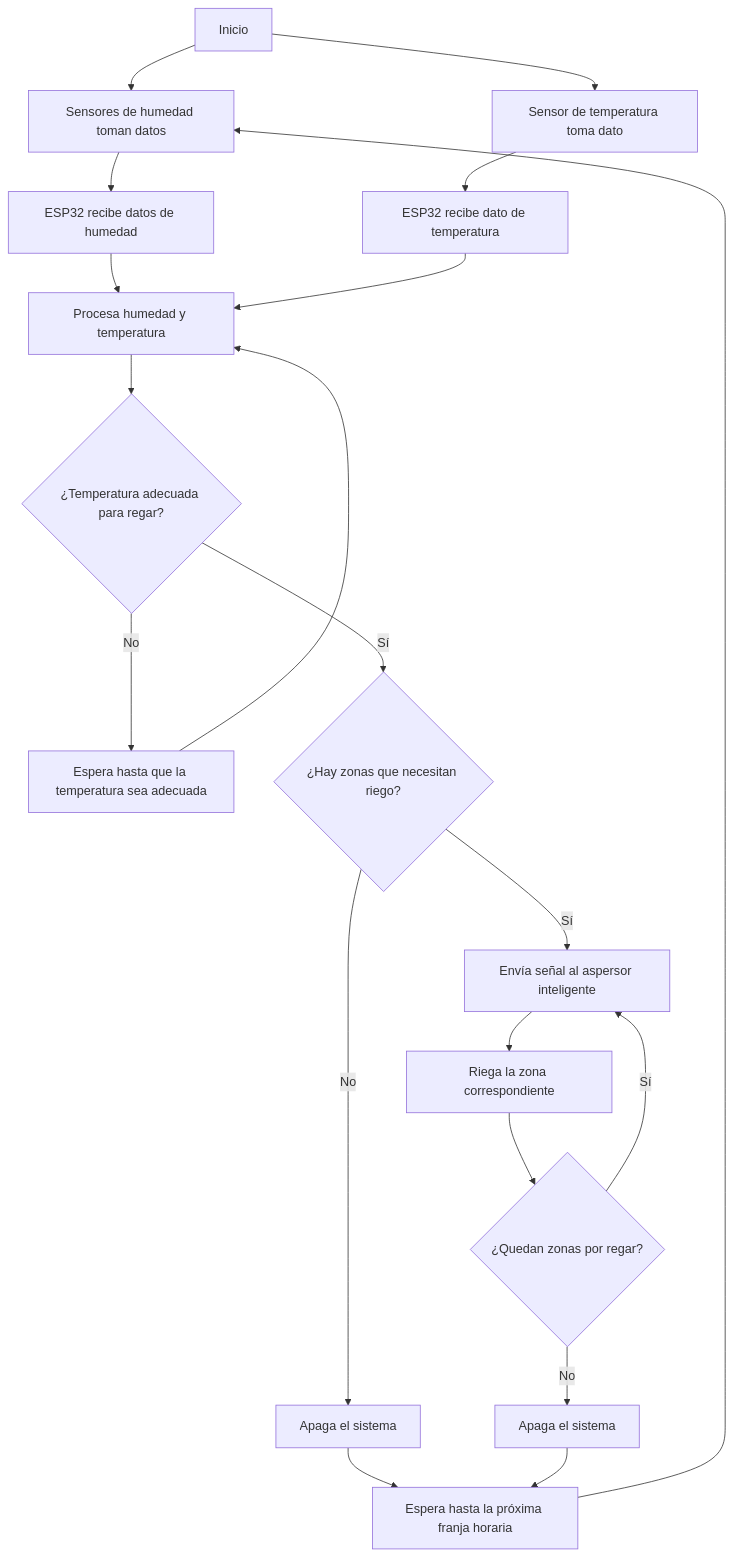
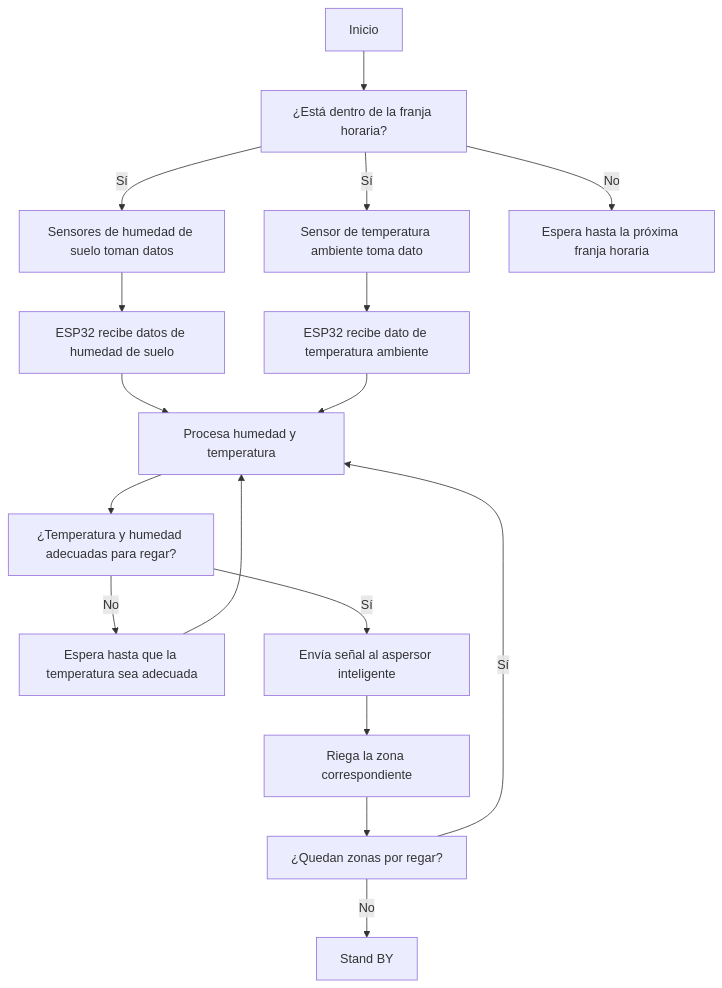
One commit to proyectoitsv/SRI_Performance changed the diagram in DOCUMENTOS/DIAGRAMAS/diagrama flujo.mmd. Above: the diagram before and after it, drawn with Mermaid.

Commit message:
Revise flowchart for irrigation system logic
cambio de diagrame de flujo

```diff
--- a/DOCUMENTOS/DIAGRAMAS/diagrama flujo.mmd
+++ b/DOCUMENTOS/DIAGRAMAS/diagrama flujo.mmd
@@ -1,22 +1,20 @@
 flowchart TD
-    A[Inicio] --> B1[Sensores de humedad toman datos]
-    A --> B2[Sensor de temperatura toma dato]
-    B1 --> C1[ESP32 recibe datos de humedad]
-    B2 --> C2[ESP32 recibe dato de temperatura]
-    C1 --> D[Procesa humedad y temperatura]
-    C2 --> D
-    D --> E{¿Temperatura adecuada para regar?}
-    E -- No --> F[Espera hasta que la temperatura sea adecuada]
-    F --> D
+    A[Inicio] --> B[¿Está dentro de la franja horaria?]
+    B -->|Sí| C1[Sensores de humedad de suelo toman datos]
+    B -->|Sí| C2[Sensor de temperatura ambiente toma dato]
+    B -->|No| Z1[Espera hasta la próxima franja horaria]
 
-    E -- Sí --> G{¿Hay zonas que necesitan riego?}
-    G -- No --> H[Apaga el sistema]
-    H --> I[Espera hasta la próxima franja horaria]
-    I --> B1
+    C1 --> D1[ESP32 recibe datos de humedad de suelo]
+    C2 --> D2[ESP32 recibe dato de temperatura ambiente]
+    D1 --> E[Procesa humedad y temperatura]
+    D2 --> E
 
-    G -- Sí --> J[Envía señal al aspersor inteligente]
-    J --> K[Riega la zona correspondiente]
-    K --> L{¿Quedan zonas por regar?}
-    L -- Sí --> J
-    L -- No --> M[Apaga el sistema]
-    M --> I
+    E --> F[¿Temperatura y humedad adecuadas para regar?]
+    F -->|No| G[Espera hasta que la temperatura sea adecuada]
+    G --> E
+
+    F -->|Sí| H[Envía señal al aspersor inteligente]
+    H --> I[Riega la zona correspondiente]
+    I --> J[¿Quedan zonas por regar?]
+    J -->|Sí| E
+    J -->|No| K[Stand BY]
```
